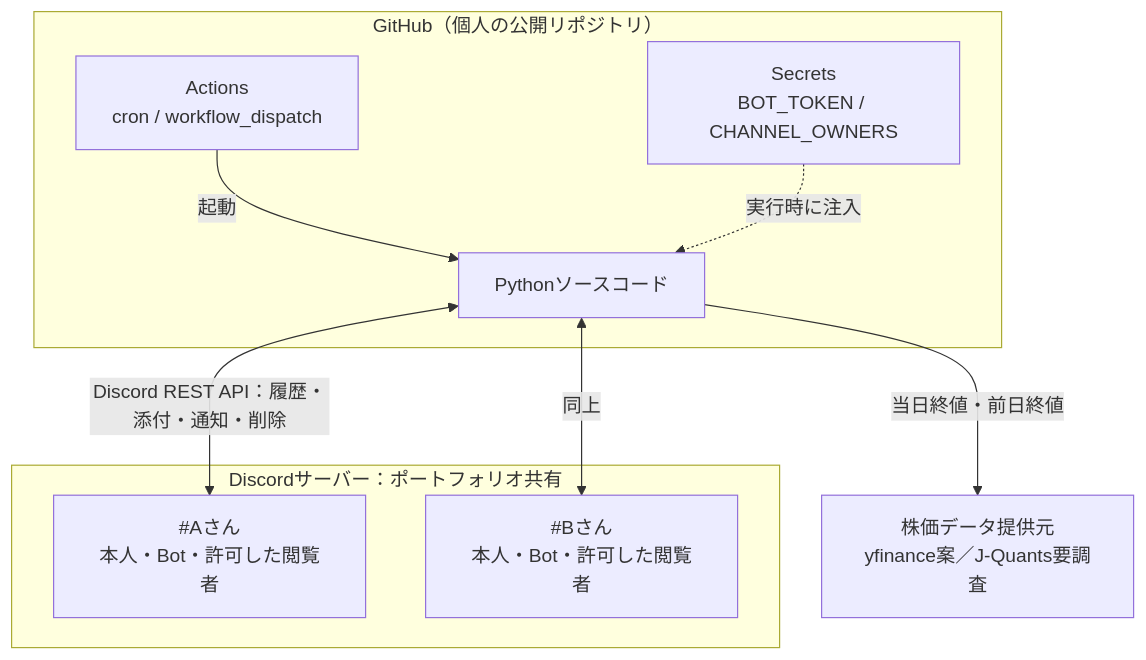
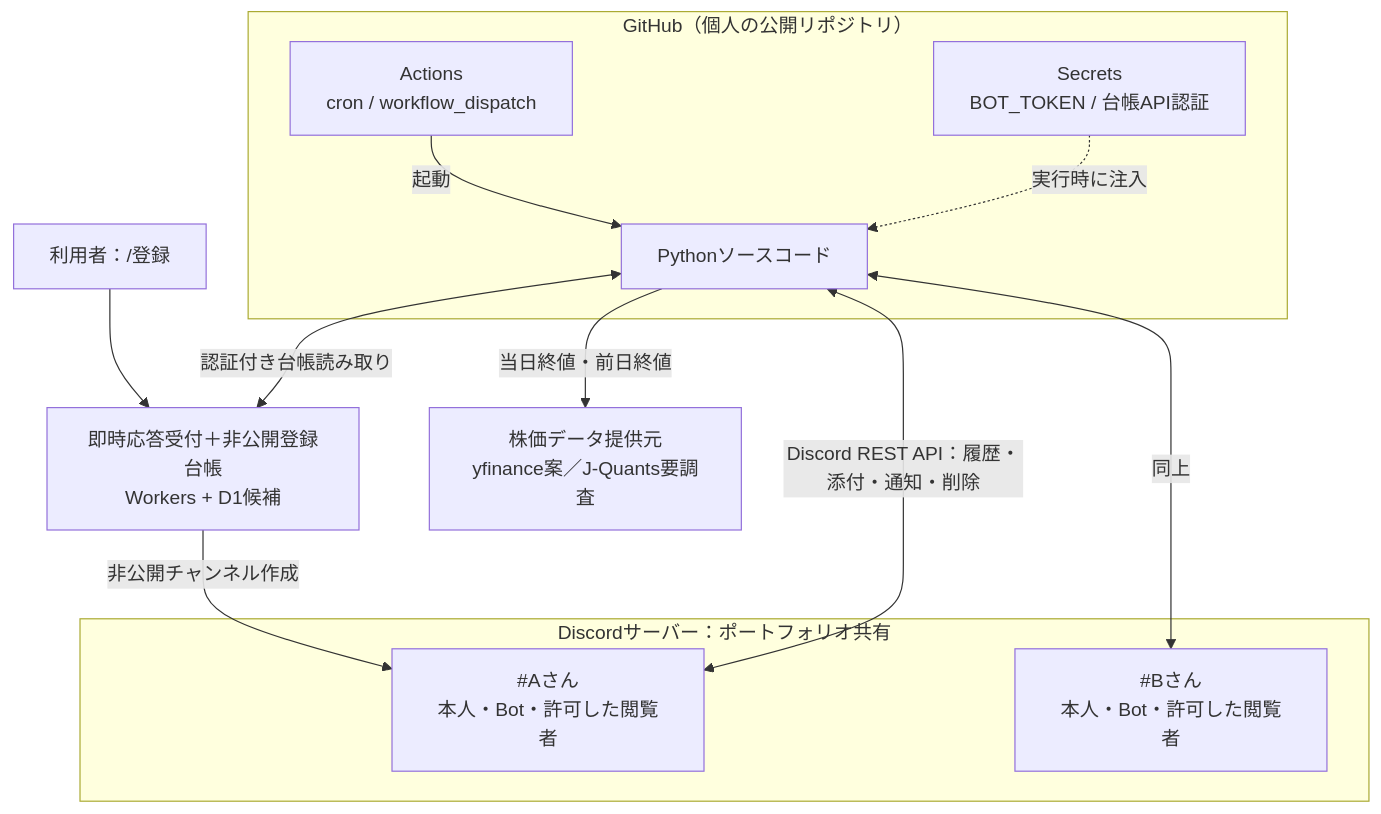
The first of 2 diagrams in docs/System-Architecture.md (chihiros7/stock-signal), drawn with Mermaid before and after one commit. The commit also changed other lines of this file and 8 other files, not shown here.

````diff
--- a/docs/System-Architecture.md
+++ b/docs/System-Architecture.md
@@ -7,18 +7,21 @@
 ```mermaid
 flowchart TB
   subgraph Discord["Discordサーバー：ポートフォリオ共有"]
     A["#Aさん<br/>本人・Bot・許可した閲覧者"]
     B["#Bさん<br/>本人・Bot・許可した閲覧者"]
   end
   subgraph GitHub["GitHub（個人の公開リポジトリ）"]
     W["Actions<br/>cron / workflow_dispatch"]
-    X["Secrets<br/>BOT_TOKEN / CHANNEL_OWNERS"]
+    X["Secrets<br/>BOT_TOKEN / 台帳API認証"]
     C["Pythonソースコード"]
   end
+  U["利用者：/登録"] --> R["即時応答受付＋非公開登録台帳<br/>Workers + D1候補"]
+  R -->|"非公開チャンネル作成"| A
+  C <-->|"認証付き台帳読み取り"| R
   M["株価データ提供元<br/>yfinance案／J-Quants要調査"]
   W -->|"起動"| C
   X -.->|"実行時に注入"| C
   C <-->|"Discord REST API：履歴・添付・通知・削除"| A
   C <-->|"同上"| B
   C -->|"当日終値・前日終値"| M
 ```
````
